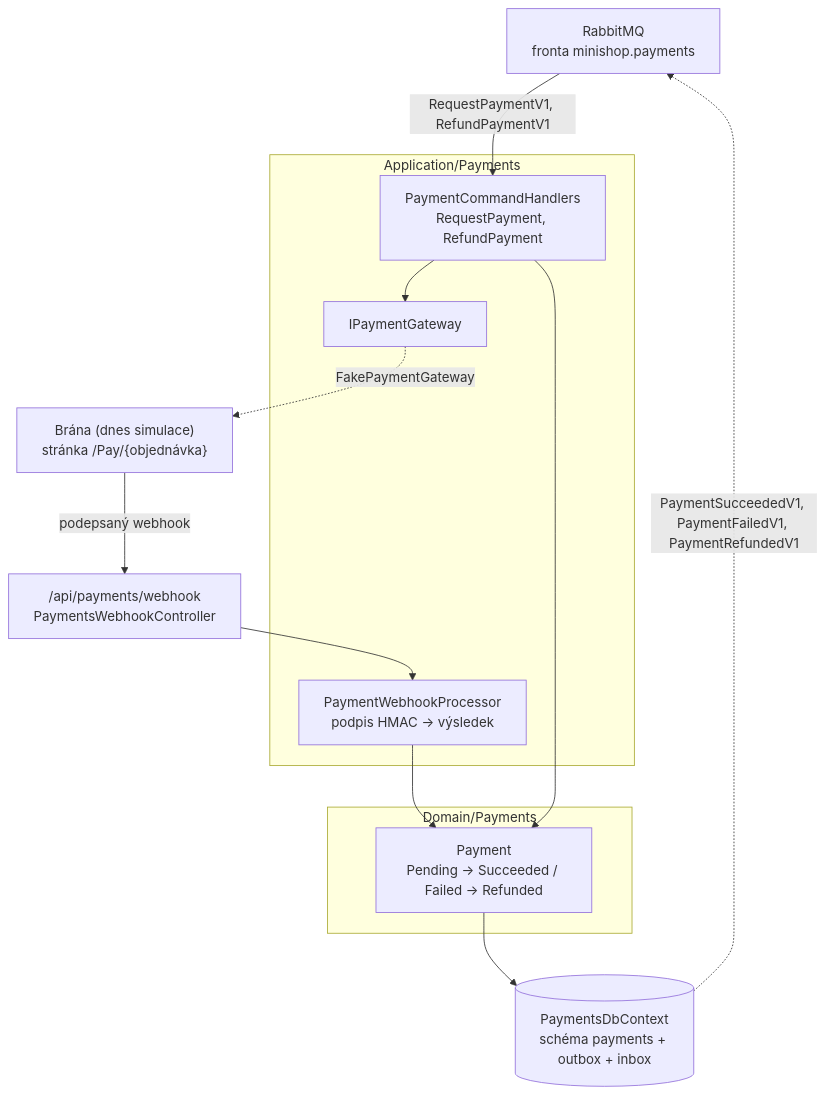
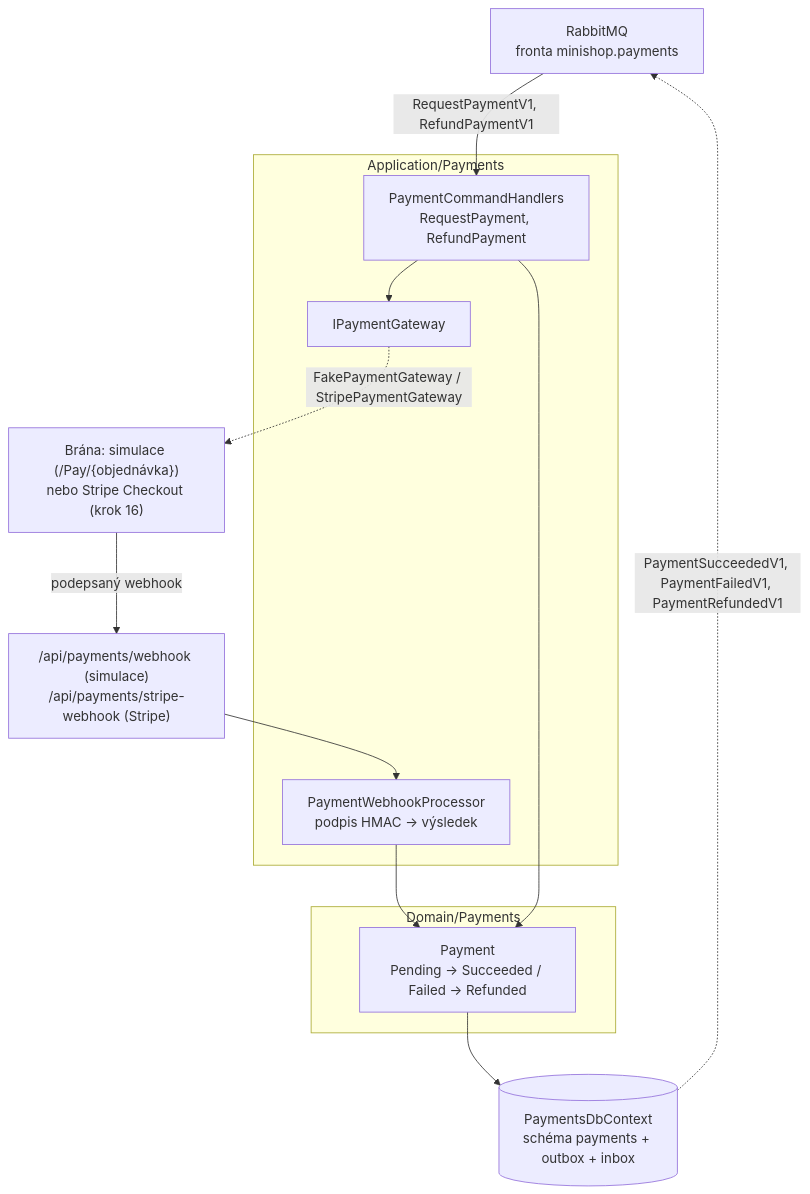
The first of 2 diagrams in docs/prirucka/architektura/moduly/payments.md (ftichy/MiniShop), drawn with Mermaid before and after one commit. The commit also changed other lines of this file and 38 other files, not shown here.

First line of the commit message:
ESHOP STEP16: skutečná platební brána – Stripe (testovací režim)

````diff
--- a/docs/prirucka/architektura/moduly/payments.md
+++ b/docs/prirucka/architektura/moduly/payments.md
@@ -13,29 +13,29 @@
 ```mermaid
 flowchart TB
     mq["RabbitMQ<br/>fronta minishop.payments"]
-    gw["Brána (dnes simulace)<br/>stránka /Pay/{objednávka}"]
-    hook["/api/payments/webhook<br/>PaymentsWebhookController"]
+    gw["Brána: simulace (/Pay/{objednávka})<br/>nebo Stripe Checkout (krok 16)"]
+    hook["/api/payments/webhook (simulace)<br/>/api/payments/stripe-webhook (Stripe)"]
     subgraph app["Application/Payments"]
         cmd["PaymentCommandHandlers<br/>RequestPayment, RefundPayment"]
         proc["PaymentWebhookProcessor<br/>podpis HMAC → výsledek"]
         port["IPaymentGateway"]
     end
     subgraph domain["Domain/Payments"]
         pay["Payment<br/>Pending → Succeeded / Failed → Refunded"]
     end
     db[("PaymentsDbContext<br/>schéma payments + outbox + inbox")]
 
     mq -->|"RequestPaymentV1, RefundPaymentV1"| cmd
     cmd --> port
-    port -.->|FakePaymentGateway| gw
+    port -.->|"FakePaymentGateway / StripePaymentGateway"| gw
     gw -->|"podepsaný webhook"| hook
     hook --> proc
     proc --> pay
     cmd --> pay
     pay --> db
     db -.->|"PaymentSucceededV1, PaymentFailedV1, PaymentRefundedV1"| mq
 
     click proc "/Docs/toky/platba"
     click db "/Docs/eda/outbox"
     click mq "/Docs/eda/broker"
 ```
````
